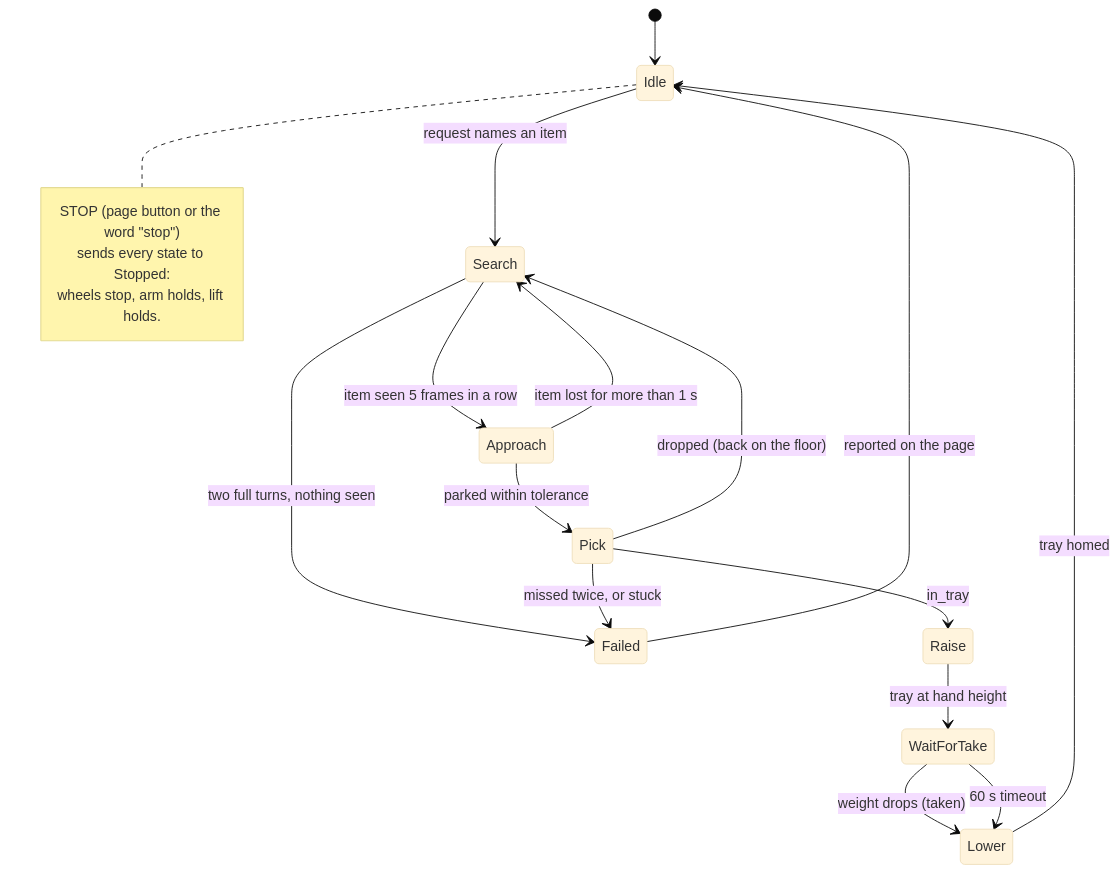
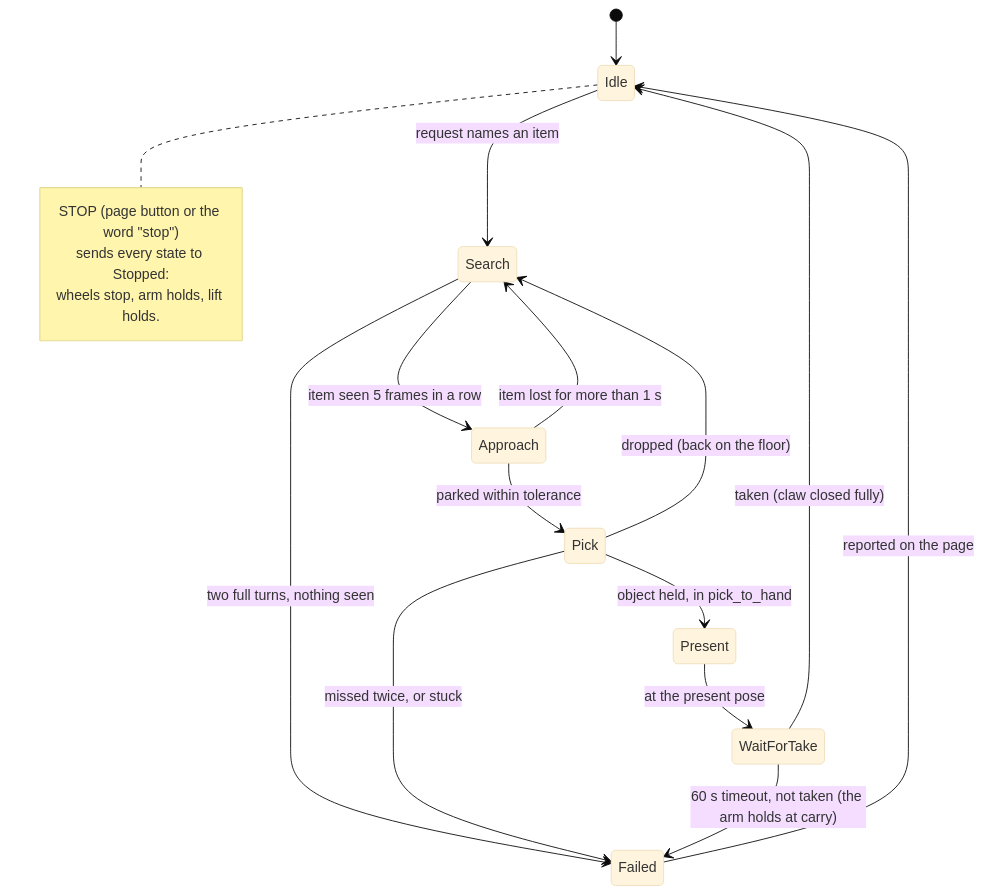
One commit to aarooshpravici/AutoPick-CalHacks changed the ninth of 12 diagrams in plan.md. Above: the diagram before and after it, drawn with Mermaid (base theme). The commit also changed other lines of this file, not shown here.

First line of the commit message:
Plan: hour-6 re-plan, arm hands the object over, lift becomes stretch

````diff
--- a/plan.md
+++ b/plan.md
@@ -617,22 +653,21 @@
 ```mermaid
 stateDiagram-v2
     [*] --> Idle
     Idle --> Search: request names an item
     Search --> Approach: item seen 5 frames in a row
     Search --> Failed: two full turns, nothing seen
     Approach --> Search: item lost for more than 1 s
     Approach --> Pick: parked within tolerance
-    Pick --> Raise: in_tray
+    Pick --> Present: object held, in pick_to_hand
     Pick --> Search: dropped (back on the floor)
     Pick --> Failed: missed twice, or stuck
-    Raise --> WaitForTake: tray at hand height
-    WaitForTake --> Lower: weight drops (taken)
-    WaitForTake --> Lower: 60 s timeout
-    Lower --> Idle: tray homed
+    Present --> WaitForTake: at the present pose
+    WaitForTake --> Idle: taken (claw closed fully)
+    WaitForTake --> Failed: 60 s timeout, not taken (the arm holds at carry)
     Failed --> Idle: reported on the page
     note right of Idle
         STOP (page button or the word "stop")
         sends every state to Stopped:
         wheels stop, arm holds, lift holds.
     end note
 ```
````
